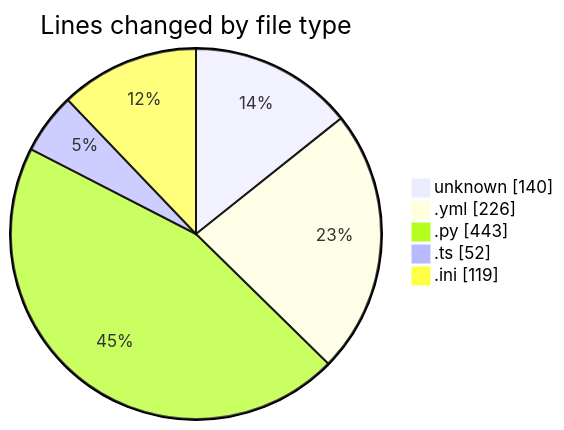
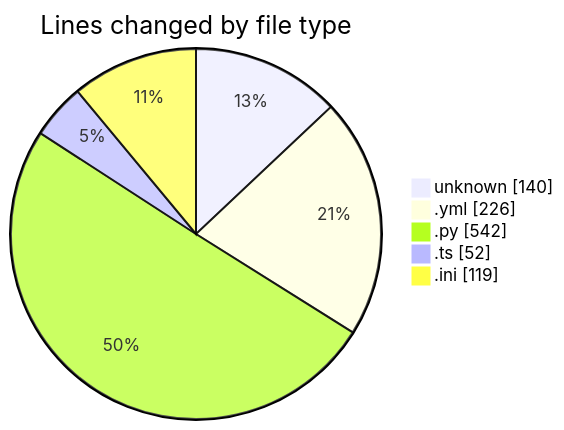
One commit to Elitesun/code-tracking changed the first of 2 diagrams in 2025-05-13/niten/README.md. Above: the diagram before and after it, drawn with Mermaid. The commit also changed other lines of this file and 1 other file, not shown here.

````diff
--- a/2025-05-13/niten/README.md
+++ b/2025-05-13/niten/README.md
@@ -30,9 +31,9 @@
 ```mermaid
 pie showData
 title Lines changed by file type
 "unknown" : 140
 ".yml" : 226
-".py" : 443
+".py" : 542
 ".ts" : 52
 ".ini" : 119
 ```
````
